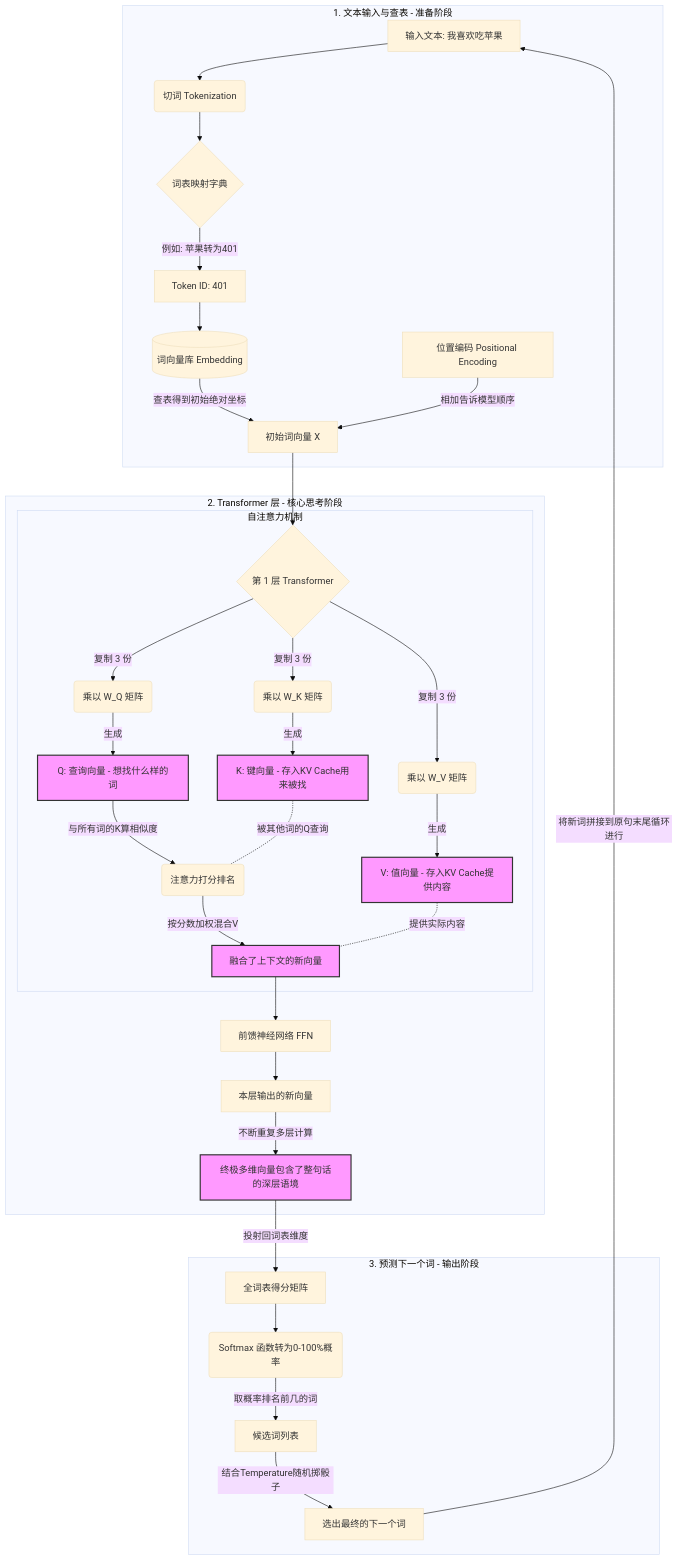
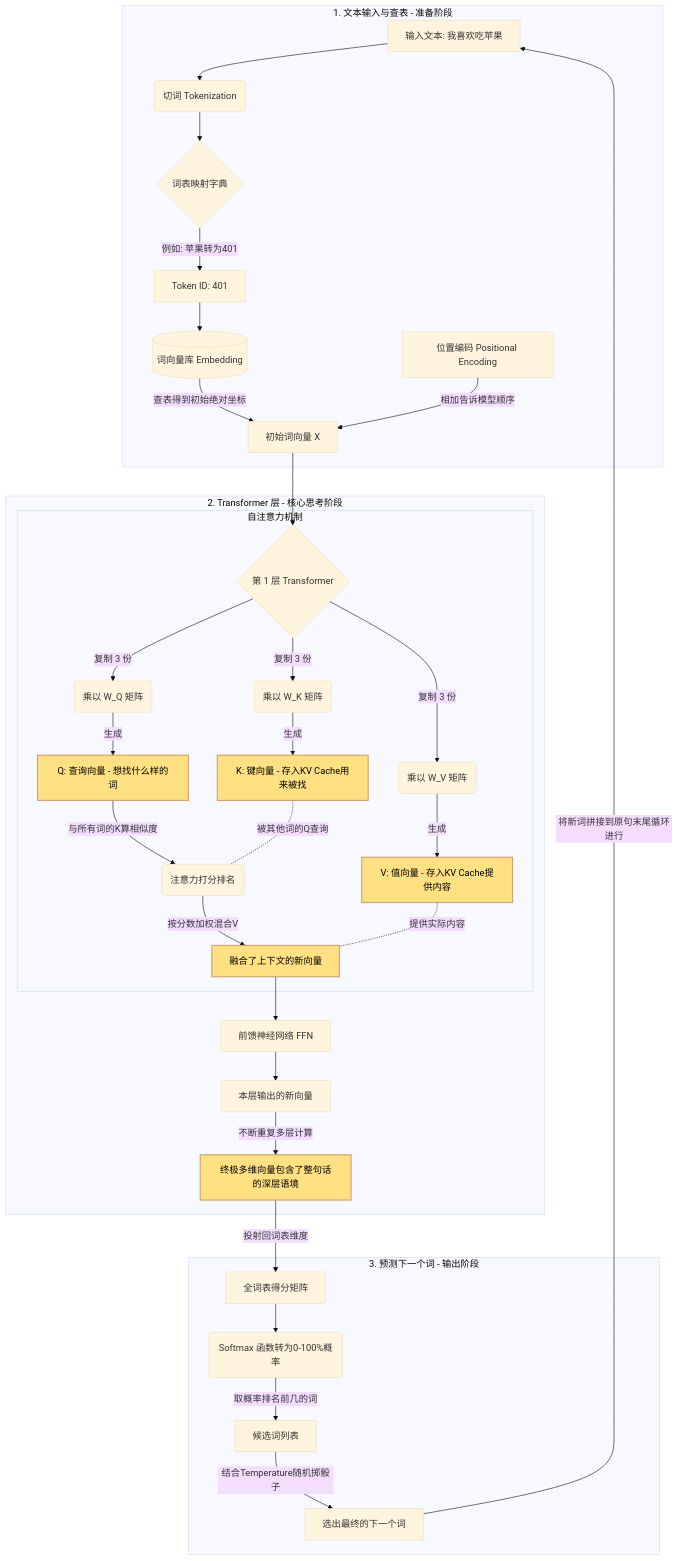
The diagram in LLM/llm_flow.md (light-echo-3/ai-study), drawn with Mermaid (base theme) before and after one commit.

Commit message:
style: fix mermaid highlight color contrast

````diff
--- a/LLM/llm_flow.md
+++ b/LLM/llm_flow.md
@@ -5,50 +5,50 @@
 ```mermaid
 graph TD
     subgraph Stage1 [1. 文本输入与查表 - 准备阶段]
         A[输入文本: 我喜欢吃苹果] --> B(切词 Tokenization)
         B --> C{词表映射字典}
         C -->|例如: 苹果转为401| D[Token ID: 401]
         D --> E[(词向量库 Embedding)]
         E -->|查表得到初始绝对坐标| F[初始词向量 X]
         PE[位置编码 Positional Encoding] -->|相加告诉模型顺序| F
     end
 
     subgraph Stage2 [2. Transformer 层 - 核心思考阶段]
         F --> G{第 1 层 Transformer}
         
         subgraph SelfAttention [自注意力机制]
             G -->|复制 3 份| H1(乘以 W_Q 矩阵)
             G -->|复制 3 份| H2(乘以 W_K 矩阵)
             G -->|复制 3 份| H3(乘以 W_V 矩阵)
             
             H1 -->|生成| Q[Q: 查询向量 - 想找什么样的词]
             H2 -->|生成| K[K: 键向量 - 存入KV Cache用来被找]
             H3 -->|生成| V[V: 值向量 - 存入KV Cache提供内容]
             
             Q -->|与所有词的K算相似度| AttentionScore(注意力打分排名)
             K -.-|被其他词的Q查询| AttentionScore
             
             AttentionScore -->|按分数加权混合V| ContextVector[融合了上下文的新向量]
             V -.-|提供实际内容| ContextVector
         end
         
         ContextVector --> FFN[前馈神经网络 FFN]
         FFN --> Output1[本层输出的新向量]
         
         Output1 -->|不断重复多层计算| FinalVector[终极多维向量包含了整句话的深层语境]
     end
 
     subgraph Stage3 [3. 预测下一个词 - 输出阶段]
         FinalVector -->|投射回词表维度| Logits[全词表得分矩阵]
         Logits --> Softmax(Softmax 函数转为0-100%概率)
         
         Softmax -->|取概率排名前几的词| Candidates[候选词列表]
         
         Candidates -->|结合Temperature随机掷骰子| NextToken[选出最终的下一个词]
         
         NextToken -->|将新词拼接到原句末尾循环进行| A
     end
 
-    classDef highlight fill:#f9f,stroke:#333,stroke-width:2px;
+    classDef highlight fill:#ffe082,color:#000000,stroke:#d4a373,stroke-width:2px;
     class Q,K,V,ContextVector,FinalVector highlight;
 ```
````
